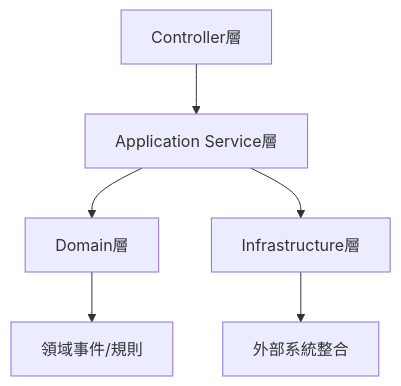
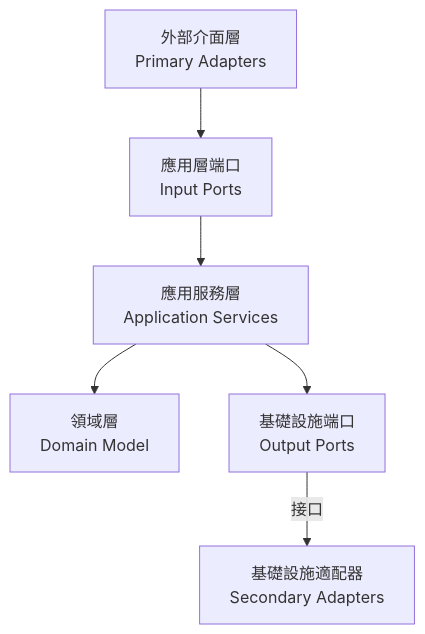
One commit to humank/genai-demo changed the diagram in docs/HexagonalRefactoring.MD. Above: the diagram before and after it, drawn with Mermaid. The commit also changed other lines of this file and 1 other file, not shown here.

Commit message:
feat: Enhance Hexagonal Architecture documentation with detailed analysis and design patterns

````diff
--- a/docs/HexagonalRefactoring.MD
+++ b/docs/HexagonalRefactoring.MD
@@ -9,8 +7,8 @@
 ```mermaid
 graph TD
-    A[Controller層] --> B[Application Service層]
-    B --> C[Domain層]
-    B --> D[Infrastructure層]
-    C --> E[領域事件/規則]
-    D --> F[外部系統整合]
+    A[外部介面層<br/>Primary Adapters] --> B[應用層端口<br/>Input Ports]
+    B --> C[應用服務層<br/>Application Services]
+    C --> D[領域層<br/>Domain Model]
+    C --> E[基礎設施端口<br/>Output Ports]
+    E -- 接口 --> F[基礎設施適配器<br/>Secondary Adapters]
 ```
````
